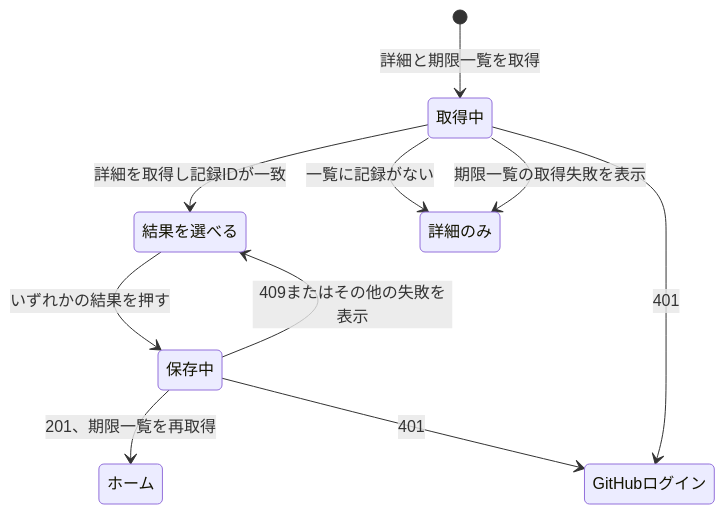
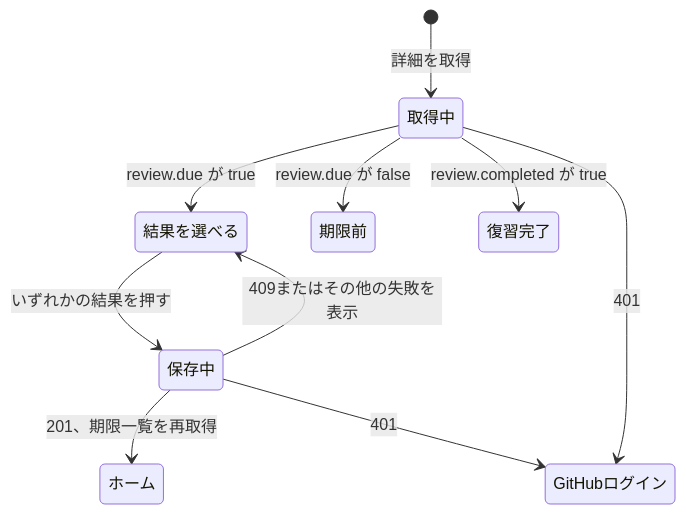
Before and after one commit to kushima-takeshi/code-learning-companion: the diagram in docs/learning/review-result-screen.md, drawn with Mermaid. The commit also changed other lines of this file and 7 other files, not shown here.

````diff
--- a/docs/learning/review-result-screen.md
+++ b/docs/learning/review-result-screen.md
@@ -11,12 +11,12 @@
 ```mermaid
 stateDiagram-v2
-    [*] --> 取得中: 詳細と期限一覧を取得
-    取得中 --> 結果を選べる: 詳細を取得し記録IDが一致
-    取得中 --> 詳細のみ: 一覧に記録がない
-    取得中 --> 詳細のみ: 期限一覧の取得失敗を表示
+    [*] --> 取得中: 詳細を取得
+    取得中 --> 結果を選べる: review.due が true
+    取得中 --> 期限前: review.due が false
+    取得中 --> 復習完了: review.completed が true
     取得中 --> GitHubログイン: 401
     結果を選べる --> 保存中: いずれかの結果を押す
     保存中 --> ホーム: 201、期限一覧を再取得
     保存中 --> GitHubログイン: 401
     保存中 --> 結果を選べる: 409またはその他の失敗を表示
 ```
````
